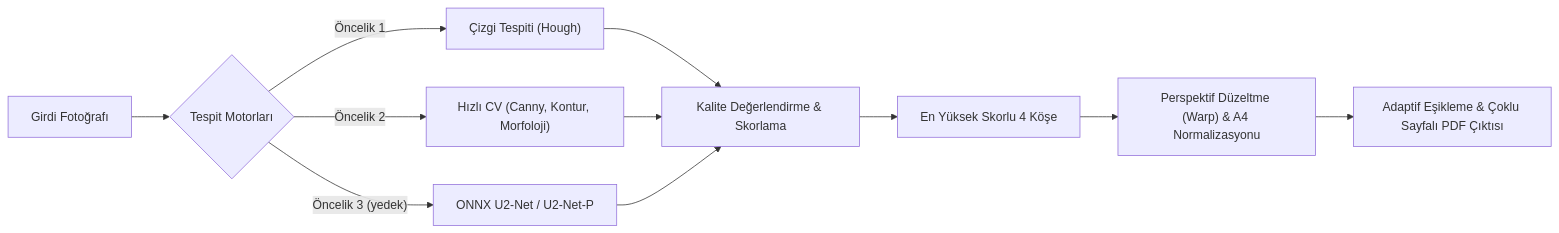
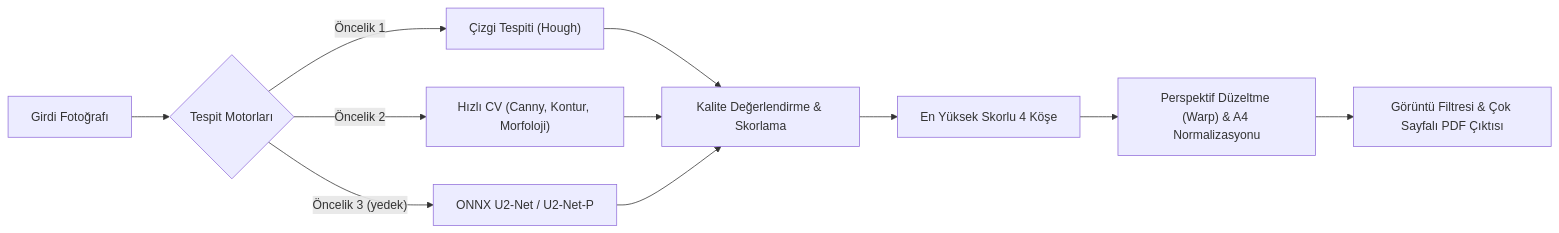
One commit to AsirCan/PDFAura changed the second of 2 diagrams in README.md. Above: the diagram before and after it, drawn with Mermaid. The commit also changed other lines of this file and 9 other files, not shown here.

````diff
--- a/README.md
+++ b/README.md
@@ -175,13 +221,13 @@
 ```mermaid
 flowchart LR
     A["Girdi Fotoğrafı"] --> B{"Tespit Motorları"}
     B -->|"Öncelik 1"| E["Çizgi Tespiti (Hough)"]
     B -->|"Öncelik 2"| D["Hızlı CV (Canny, Kontur, Morfoloji)"]
     B -->|"Öncelik 3 (yedek)"| C["ONNX U2-Net / U2-Net-P"]
     E --> F["Kalite Değerlendirme & Skorlama"]
     D --> F
     C --> F
     F --> G["En Yüksek Skorlu 4 Köşe"]
     G --> H["Perspektif Düzeltme (Warp) & A4 Normalizasyonu"]
-    H --> I["Adaptif Eşikleme & Çoklu Sayfalı PDF Çıktısı"]
+    H --> I["Görüntü Filtresi & Çok Sayfalı PDF Çıktısı"]
 ```
````
